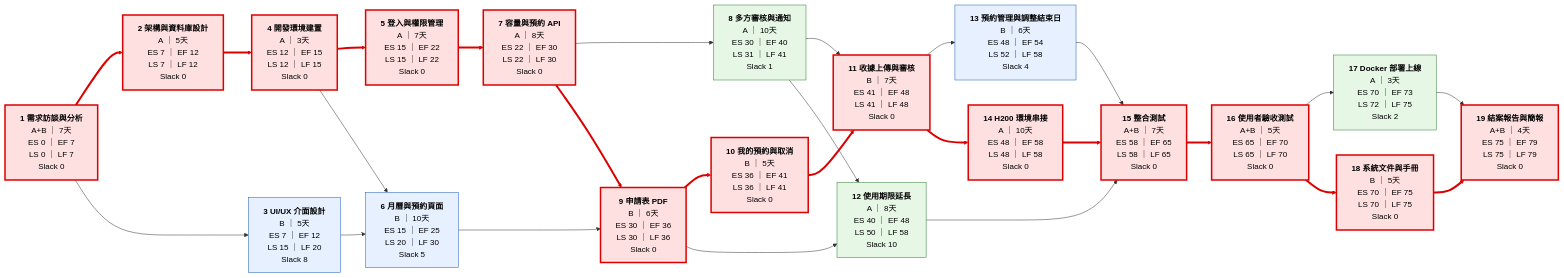
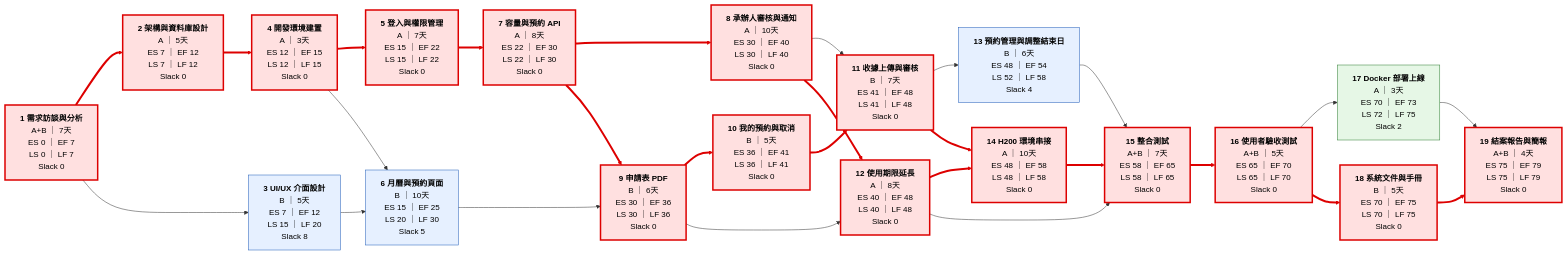
One commit to whenwewerekids/115-b-system-team changed the first of 2 diagrams in 小組作業2.md. Above: the diagram before and after it, drawn with Mermaid. The commit also changed other lines of this file, not shown here.

````diff
--- a/小組作業2.md
+++ b/小組作業2.md
@@ -116,56 +128,59 @@
 ```mermaid
 flowchart LR
     T1["<b>1 需求訪談與分析</b><br/>A+B ｜ 7天<br/>ES 0 ｜ EF 7<br/>LS 0 ｜ LF 7<br/>Slack 0"]
     T2["<b>2 架構與資料庫設計</b><br/>A ｜ 5天<br/>ES 7 ｜ EF 12<br/>LS 7 ｜ LF 12<br/>Slack 0"]
     T3["<b>3 UI/UX 介面設計</b><br/>B ｜ 5天<br/>ES 7 ｜ EF 12<br/>LS 15 ｜ LF 20<br/>Slack 8"]
     T4["<b>4 開發環境建置</b><br/>A ｜ 3天<br/>ES 12 ｜ EF 15<br/>LS 12 ｜ LF 15<br/>Slack 0"]
     T5["<b>5 登入與權限管理</b><br/>A ｜ 7天<br/>ES 15 ｜ EF 22<br/>LS 15 ｜ LF 22<br/>Slack 0"]
     T6["<b>6 月曆與預約頁面</b><br/>B ｜ 10天<br/>ES 15 ｜ EF 25<br/>LS 20 ｜ LF 30<br/>Slack 5"]
     T7["<b>7 容量與預約 API</b><br/>A ｜ 8天<br/>ES 22 ｜ EF 30<br/>LS 22 ｜ LF 30<br/>Slack 0"]
-    T8["<b>8 多方審核與通知</b><br/>A ｜ 10天<br/>ES 30 ｜ EF 40<br/>LS 31 ｜ LF 41<br/>Slack 1"]
+    T8["<b>8 承辦人審核與通知</b><br/>A ｜ 10天<br/>ES 30 ｜ EF 40<br/>LS 30 ｜ LF 40<br/>Slack 0"]
     T9["<b>9 申請表 PDF</b><br/>B ｜ 6天<br/>ES 30 ｜ EF 36<br/>LS 30 ｜ LF 36<br/>Slack 0"]
     T10["<b>10 我的預約與取消</b><br/>B ｜ 5天<br/>ES 36 ｜ EF 41<br/>LS 36 ｜ LF 41<br/>Slack 0"]
     T11["<b>11 收據上傳與審核</b><br/>B ｜ 7天<br/>ES 41 ｜ EF 48<br/>LS 41 ｜ LF 48<br/>Slack 0"]
-    T12["<b>12 使用期限延長</b><br/>A ｜ 8天<br/>ES 40 ｜ EF 48<br/>LS 50 ｜ LF 58<br/>Slack 10"]
+    T12["<b>12 使用期限延長</b><br/>A ｜ 8天<br/>ES 40 ｜ EF 48<br/>LS 40 ｜ LF 48<br/>Slack 0"]
     T13["<b>13 預約管理與調整結束日</b><br/>B ｜ 6天<br/>ES 48 ｜ EF 54<br/>LS 52 ｜ LF 58<br/>Slack 4"]
     T14["<b>14 H200 環境串接</b><br/>A ｜ 10天<br/>ES 48 ｜ EF 58<br/>LS 48 ｜ LF 58<br/>Slack 0"]
     T15["<b>15 整合測試</b><br/>A+B ｜ 7天<br/>ES 58 ｜ EF 65<br/>LS 58 ｜ LF 65<br/>Slack 0"]
     T16["<b>16 使用者驗收測試</b><br/>A+B ｜ 5天<br/>ES 65 ｜ EF 70<br/>LS 65 ｜ LF 70<br/>Slack 0"]
     T17["<b>17 Docker 部署上線</b><br/>A ｜ 3天<br/>ES 70 ｜ EF 73<br/>LS 72 ｜ LF 75<br/>Slack 2"]
     T18["<b>18 系統文件與手冊</b><br/>B ｜ 5天<br/>ES 70 ｜ EF 75<br/>LS 70 ｜ LF 75<br/>Slack 0"]
     T19["<b>19 結案報告與簡報</b><br/>A+B ｜ 4天<br/>ES 75 ｜ EF 79<br/>LS 75 ｜ LF 79<br/>Slack 0"]
 
     T1 --> T2
     T1 --> T3
     T2 --> T4
     T3 --> T6
     T4 --> T5
     T4 --> T6
     T5 --> T7
     T6 --> T9
     T7 --> T8
     T7 --> T9
     T8 --> T11
     T8 --> T12
     T9 --> T10
     T9 --> T12
     T10 --> T11
     T11 --> T13
     T11 --> T14
+    T12 --> T14
     T12 --> T15
     T13 --> T15
     T14 --> T15
     T15 --> T16
     T16 --> T17
     T16 --> T18
     T17 --> T19
     T18 --> T19
 
     classDef crit fill:#ffe0e0,stroke:#d00,stroke-width:3px,color:#000
     classDef memA fill:#e6f7e6,stroke:#2e7d32,color:#000
     classDef memB fill:#e6f0ff,stroke:#1e5bb8,color:#000
-    class T1,T2,T4,T5,T7,T9,T10,T11,T14,T15,T16,T18,T19 crit
-    class T8,T12,T17 memA
+
+    class T1,T2,T4,T5,T7,T8,T9,T10,T11,T12,T14,T15,T16,T18,T19 crit
+    class T17 memA
     class T3,T6,T13 memB
-    linkStyle 0,2,4,6,9,12,14,16,19,20,22,24 stroke:#d00,stroke-width:4px
+
+    linkStyle 0,2,4,6,8,9,11,12,14,16,17,20,21,23,25 stroke:#d00,stroke-width:4px
 ```
````
